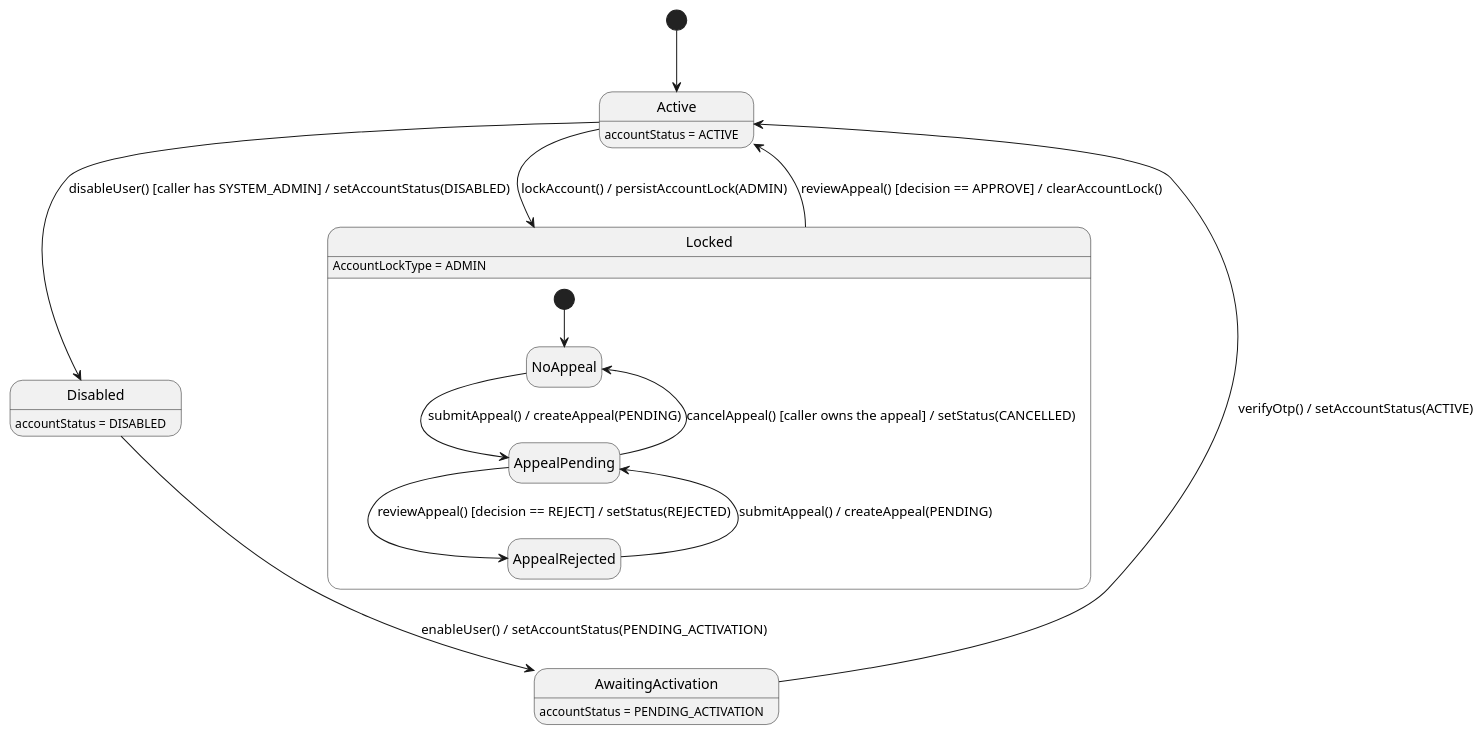
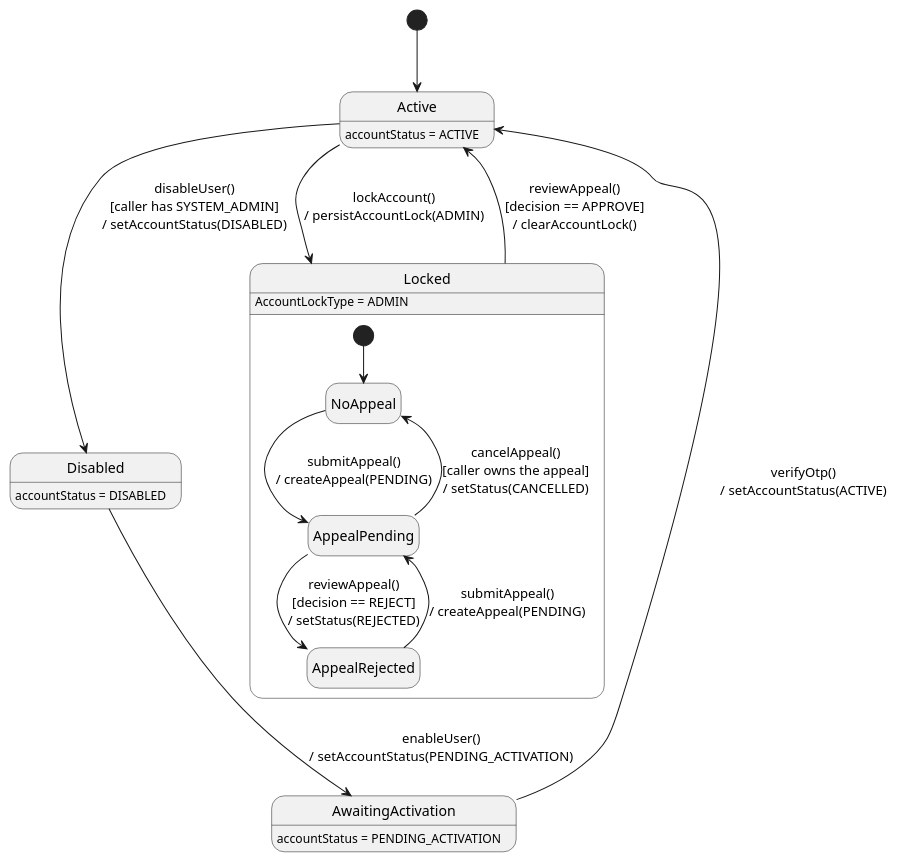
Before and after one commit to ChuongBDHE172784/CareBridge_SEP490_G79: the third of 3 diagrams in 03_Design/Detailed_Design/MF01_Account_Trust_Access_Control/03_Admin_Account_Governance_Security_and_Audit.md, drawn with PlantUML. The commit also changed 61 other files, not shown here.

Commit message:
docs: update detailed design documentation and state chart diagrams across all feature modules

````diff
--- a/03_Design/Detailed_Design/MF01_Account_Trust_Access_Control/03_Admin_Account_Governance_Security_and_Audit.md
+++ b/03_Design/Detailed_Design/MF01_Account_Trust_Access_Control/03_Admin_Account_Governance_Security_and_Audit.md
@@ -458,25 +458,25 @@
 ```plantuml
 @startuml StateChartDiagram_03AdminAccountGovernanceSecurityandAudit
 hide empty description
 [*] --> Active
 
-Active --> Disabled : disableUser() [caller has SYSTEM_ADMIN] / setAccountStatus(DISABLED)
-Disabled --> AwaitingActivation : enableUser() / setAccountStatus(PENDING_ACTIVATION)
-AwaitingActivation --> Active : verifyOtp() / setAccountStatus(ACTIVE)
-Active --> Locked : lockAccount() / persistAccountLock(ADMIN)
-Locked --> Active : reviewAppeal() [decision == APPROVE] / clearAccountLock()
+Active --> Disabled : disableUser()\n[caller has SYSTEM_ADMIN]\n/ setAccountStatus(DISABLED)
+Disabled --> AwaitingActivation : enableUser()\n/ setAccountStatus(PENDING_ACTIVATION)
+AwaitingActivation --> Active : verifyOtp()\n/ setAccountStatus(ACTIVE)
+Active --> Locked : lockAccount()\n/ persistAccountLock(ADMIN)
+Locked --> Active : reviewAppeal()\n[decision == APPROVE]\n/ clearAccountLock()
 
 state Locked {
   [*] --> NoAppeal
-  NoAppeal --> AppealPending : submitAppeal() / createAppeal(PENDING)
-  AppealPending --> AppealRejected : reviewAppeal() [decision == REJECT] / setStatus(REJECTED)
-  AppealPending --> NoAppeal : cancelAppeal() [caller owns the appeal] / setStatus(CANCELLED)
-  AppealRejected --> AppealPending : submitAppeal() / createAppeal(PENDING)
+  NoAppeal --> AppealPending : submitAppeal()\n/ createAppeal(PENDING)
+  AppealPending --> AppealRejected : reviewAppeal()\n[decision == REJECT]\n/ setStatus(REJECTED)
+  AppealPending --> NoAppeal : cancelAppeal()\n[caller owns the appeal]\n/ setStatus(CANCELLED)
+  AppealRejected --> AppealPending : submitAppeal()\n/ createAppeal(PENDING)
 }
 
 Active : accountStatus = ACTIVE
 Disabled : accountStatus = DISABLED
 AwaitingActivation : accountStatus = PENDING_ACTIVATION
 Locked : AccountLockType = ADMIN
 @enduml
 ```
````
